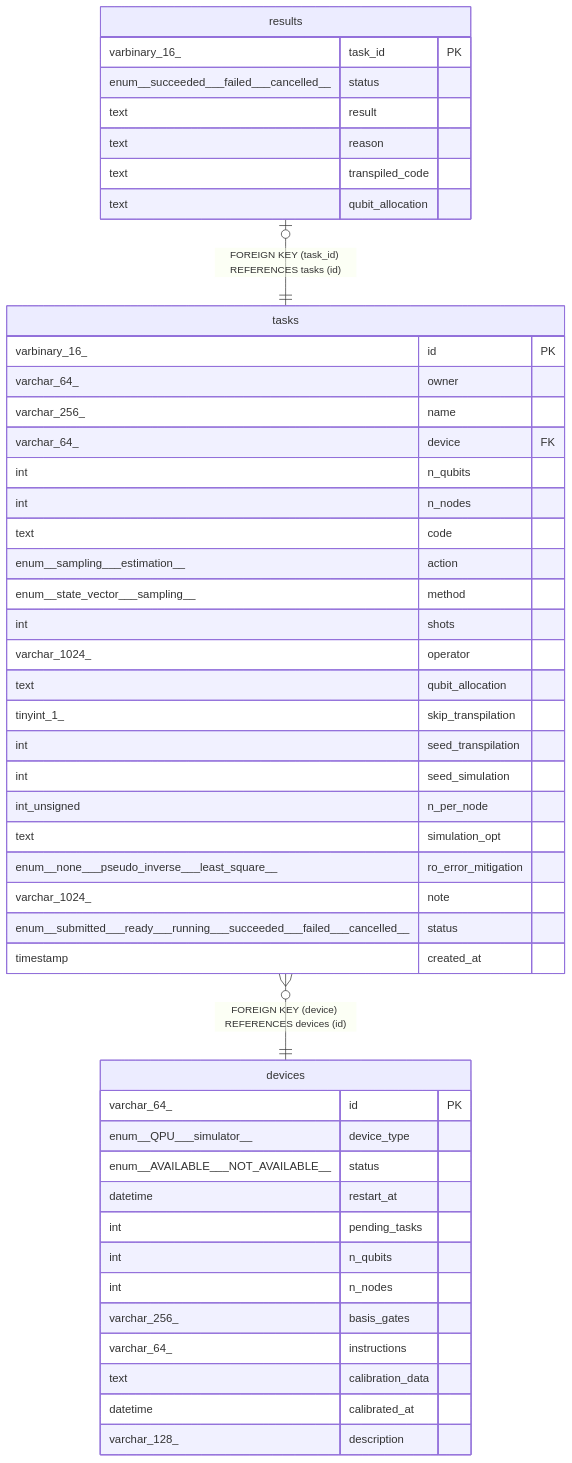
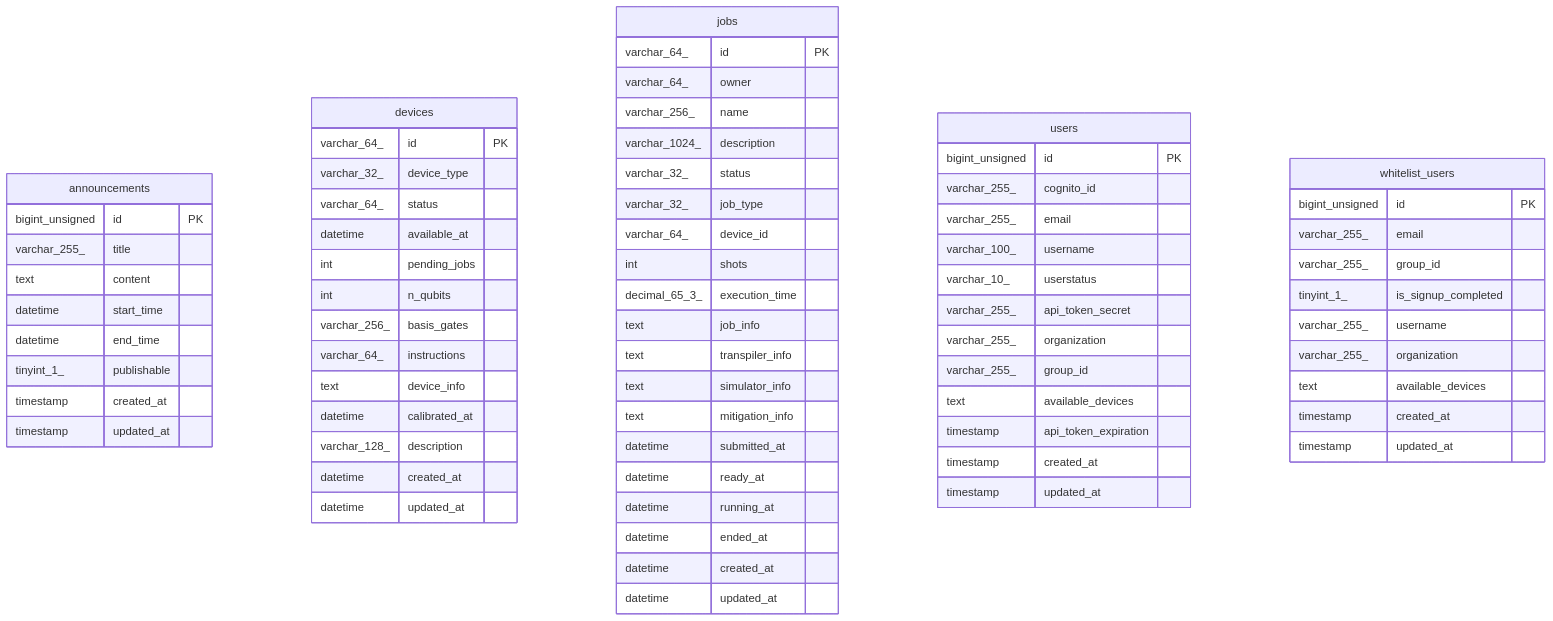
Before and after one commit to oqtopus-team/oqtopus-cloud: the diagram in docs/schema/README.md, drawn with Mermaid. The commit also changed other lines of this file and 2 other files, not shown here.

Commit message:
Auto update DB schema docs 20251117-121954

````diff
--- a/docs/schema/README.md
+++ b/docs/schema/README.md
@@ -13,52 +15,76 @@
 ```mermaid
 erDiagram
 
-"results" |o--|| "tasks" : "FOREIGN KEY (task_id) REFERENCES tasks (id)"
-"tasks" }o--|| "devices" : "FOREIGN KEY (device) REFERENCES devices (id)"
 
+"announcements" {
+  bigint_unsigned id PK
+  varchar_255_ title
+  text content
+  datetime start_time
+  datetime end_time
+  tinyint_1_ publishable
+  timestamp created_at
+  timestamp updated_at
+}
 "devices" {
   varchar_64_ id PK
-  enum__QPU___simulator__ device_type
-  enum__AVAILABLE___NOT_AVAILABLE__ status
-  datetime restart_at
-  int pending_tasks
+  varchar_32_ device_type
+  varchar_64_ status
+  datetime available_at
+  int pending_jobs
   int n_qubits
-  int n_nodes
   varchar_256_ basis_gates
   varchar_64_ instructions
-  text calibration_data
+  text device_info
   datetime calibrated_at
   varchar_128_ description
+  datetime created_at
+  datetime updated_at
 }
-"results" {
-  varbinary_16_ task_id PK
-  enum__succeeded___failed___cancelled__ status
-  text result
-  text reason
-  text transpiled_code
-  text qubit_allocation
-}
-"tasks" {
-  varbinary_16_ id PK
+"jobs" {
+  varchar_64_ id PK
   varchar_64_ owner
   varchar_256_ name
-  varchar_64_ device FK
-  int n_qubits
-  int n_nodes
-  text code
-  enum__sampling___estimation__ action
-  enum__state_vector___sampling__ method
+  varchar_1024_ description
+  varchar_32_ status
+  varchar_32_ job_type
+  varchar_64_ device_id
   int shots
-  varchar_1024_ operator
-  text qubit_allocation
-  tinyint_1_ skip_transpilation
-  int seed_transpilation
-  int seed_simulation
-  int_unsigned n_per_node
-  text simulation_opt
-  enum__none___pseudo_inverse___least_square__ ro_error_mitigation
-  varchar_1024_ note
-  enum__submitted___ready___running___succeeded___failed___cancelled__ status
+  decimal_65_3_ execution_time
+  text job_info
+  text transpiler_info
+  text simulator_info
+  text mitigation_info
+  datetime submitted_at
+  datetime ready_at
+  datetime running_at
+  datetime ended_at
+  datetime created_at
+  datetime updated_at
+}
+"users" {
+  bigint_unsigned id PK
+  varchar_255_ cognito_id
+  varchar_255_ email
+  varchar_100_ username
+  varchar_10_ userstatus
+  varchar_255_ api_token_secret
+  varchar_255_ organization
+  varchar_255_ group_id
+  text available_devices
+  timestamp api_token_expiration
   timestamp created_at
+  timestamp updated_at
+}
+"whitelist_users" {
+  bigint_unsigned id PK
+  varchar_255_ email
+  varchar_255_ group_id
+  tinyint_1_ is_signup_completed
+  varchar_255_ username
+  varchar_255_ organization
+  text available_devices
+  timestamp created_at
+  timestamp updated_at
 }
 ```
````
